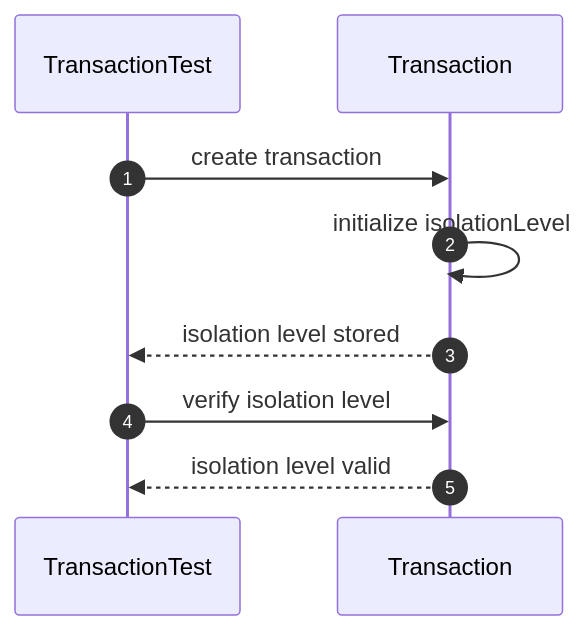
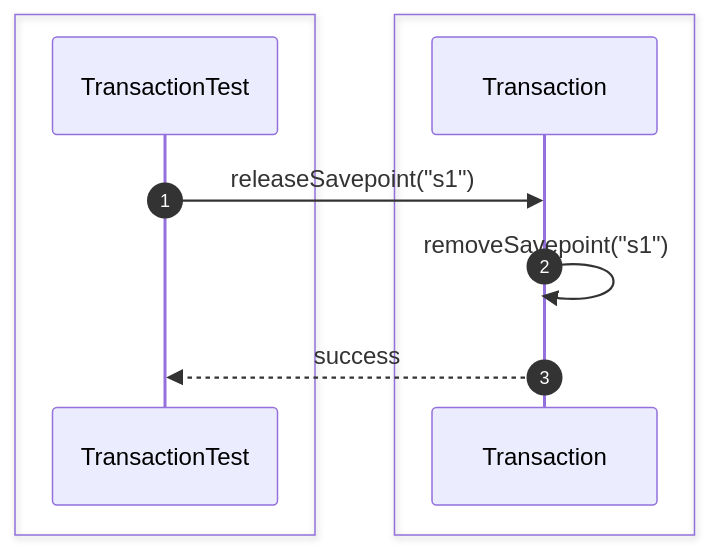
Diagram 18 of 54 in src/sequence/transaction.md (Huy1801214/dbms-architecture), drawn with Mermaid before and after one commit. The commit also changed other lines of this file and 10 other files, not shown here.

Commit message:
add comprehensive sequence diagrams and documentation for system architecture and unit testing specifications

````diff
--- a/src/sequence/transaction.md
+++ b/src/sequence/transaction.md
@@ -226,17 +305,15 @@
 ```mermaid
 sequenceDiagram
     autonumber
 
+    box #e1f5fe Test Suite
     participant Test as TransactionTest
+    end
+    box #ffebee Transaction Components
     participant Tx as Transaction
+    end
 
-    Test->>Tx: create transaction
-
-    Tx->>Tx: initialize isolationLevel
-
-    Tx-->>Test: isolation level stored
-
-    Test->>Tx: verify isolation level
-
-    Tx-->>Test: isolation level valid
+    Test->>Tx: releaseSavepoint("s1")
+    Tx->>Tx: removeSavepoint("s1")
+    Tx-->>Test: success
 ```
````
